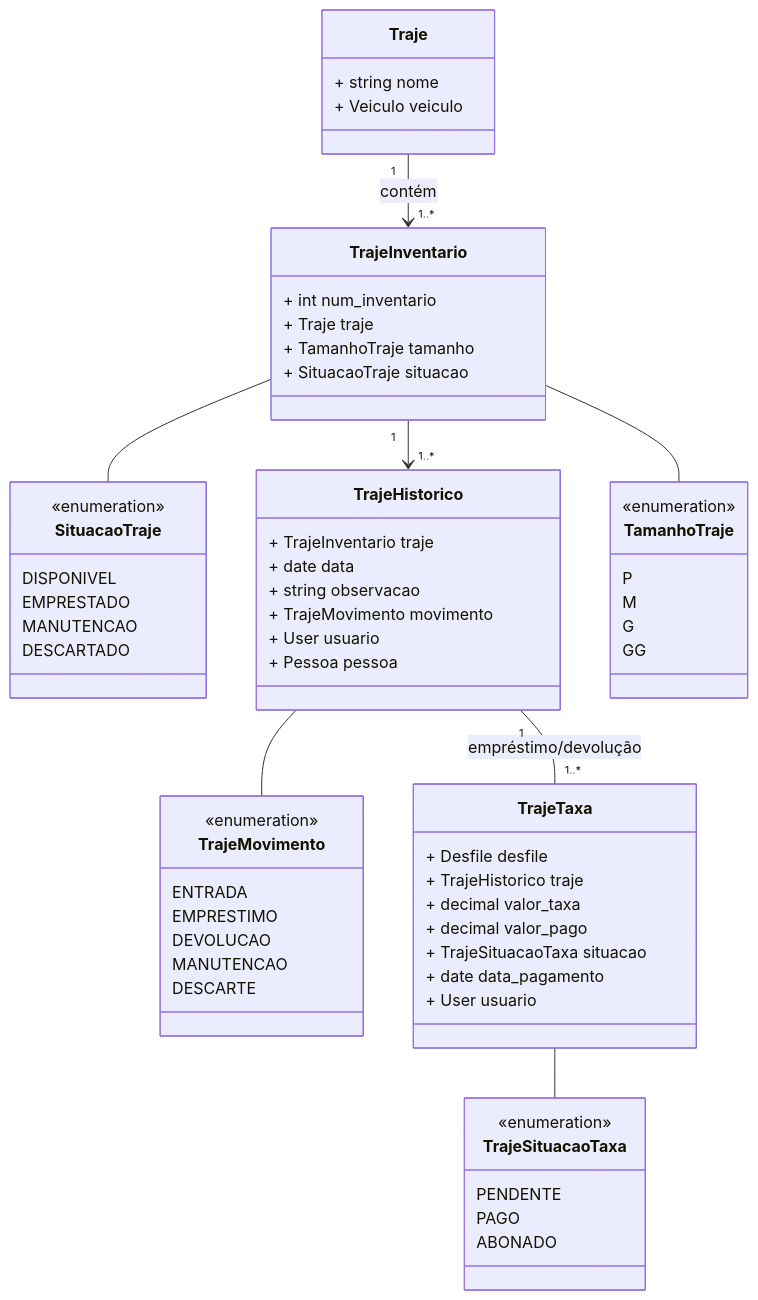
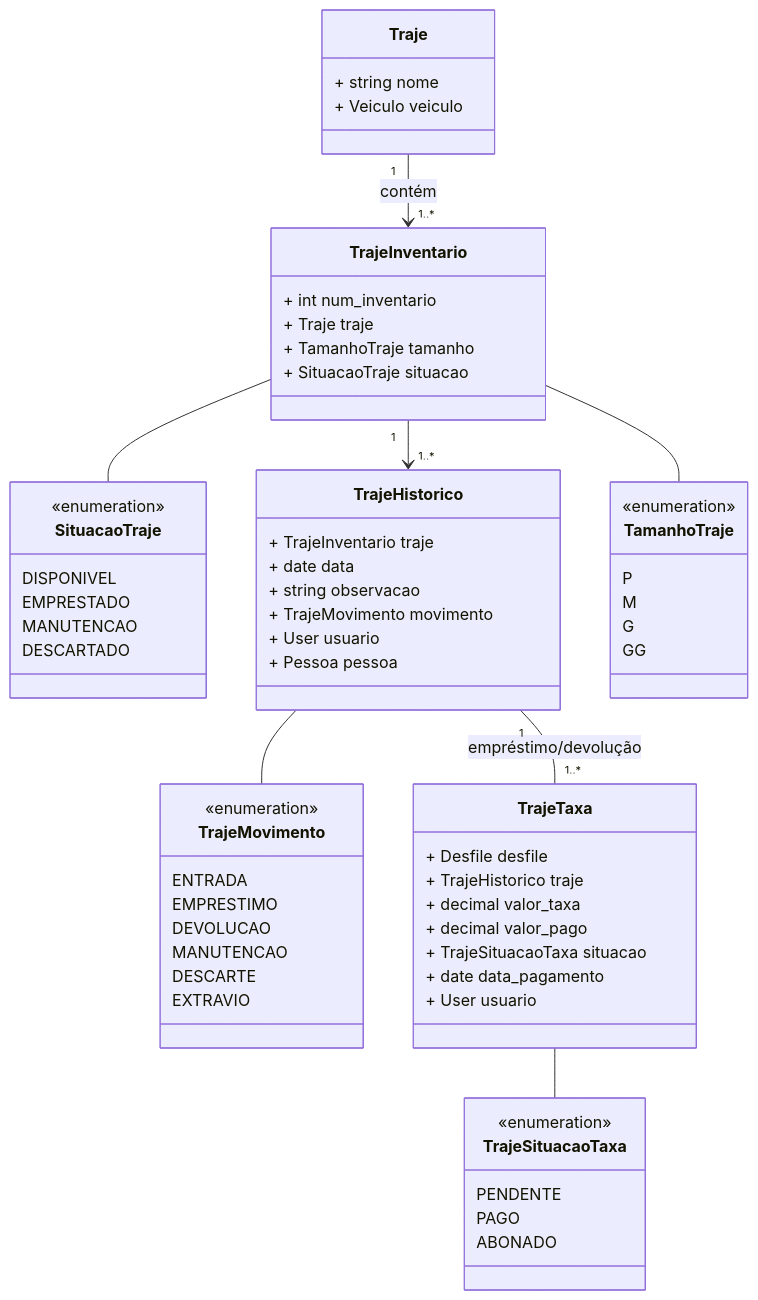
The fifth of 7 diagrams in README.md (guionardo/planetapeia-desfiles), drawn with Mermaid before and after one commit. The commit also changed other lines of this file, not shown here.

````diff
--- a/README.md
+++ b/README.md
@@ -89,74 +110,75 @@
 ```mermaid
 classDiagram
 class Traje {
     + string nome
     + Veiculo veiculo
 }
 
 class TrajeInventario {
     + int num_inventario
     + Traje traje
     + TamanhoTraje tamanho
     + SituacaoTraje situacao
 }
 
 class SituacaoTraje {
     <<enumeration>>
     DISPONIVEL
     EMPRESTADO
     MANUTENCAO
     DESCARTADO
 }
 
 class TrajeHistorico {
     + TrajeInventario traje
     + date data
     + string observacao
     + TrajeMovimento movimento
     + User usuario
     + Pessoa pessoa
 }
 
 class TrajeMovimento {
     <<enumeration>>
     ENTRADA
     EMPRESTIMO
     DEVOLUCAO
     MANUTENCAO
     DESCARTE
+    EXTRAVIO
 }
 
 class TrajeTaxa {
     + Desfile desfile
     + TrajeHistorico traje
     + decimal valor_taxa
     + decimal valor_pago
     + TrajeSituacaoTaxa situacao
     + date data_pagamento
     + User usuario
 }
 
 class TrajeSituacaoTaxa {
     <<enumeration>>
     PENDENTE
     PAGO
     ABONADO
 }
 
 class TamanhoTraje {
     <<enumeration>>
     P
     M
     G
     GG
 }
 
 Traje "1" --> "1..*" TrajeInventario: contém
 TrajeInventario "1" --> "1..*" TrajeHistorico
 TrajeInventario -- SituacaoTraje
 TrajeInventario -- TamanhoTraje
 
 TrajeHistorico -- TrajeMovimento
 TrajeHistorico "1" -- "1..*" TrajeTaxa : empréstimo/devolução
 TrajeTaxa -- TrajeSituacaoTaxa
 ```
````
